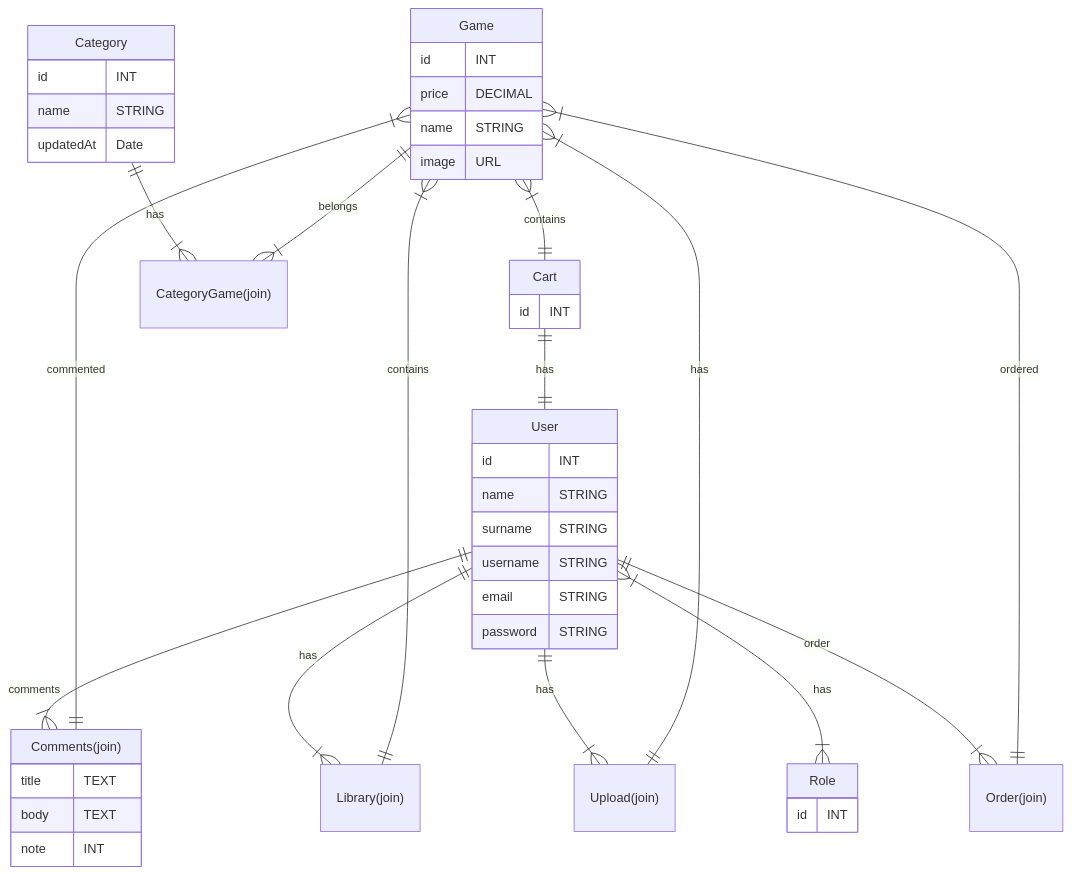
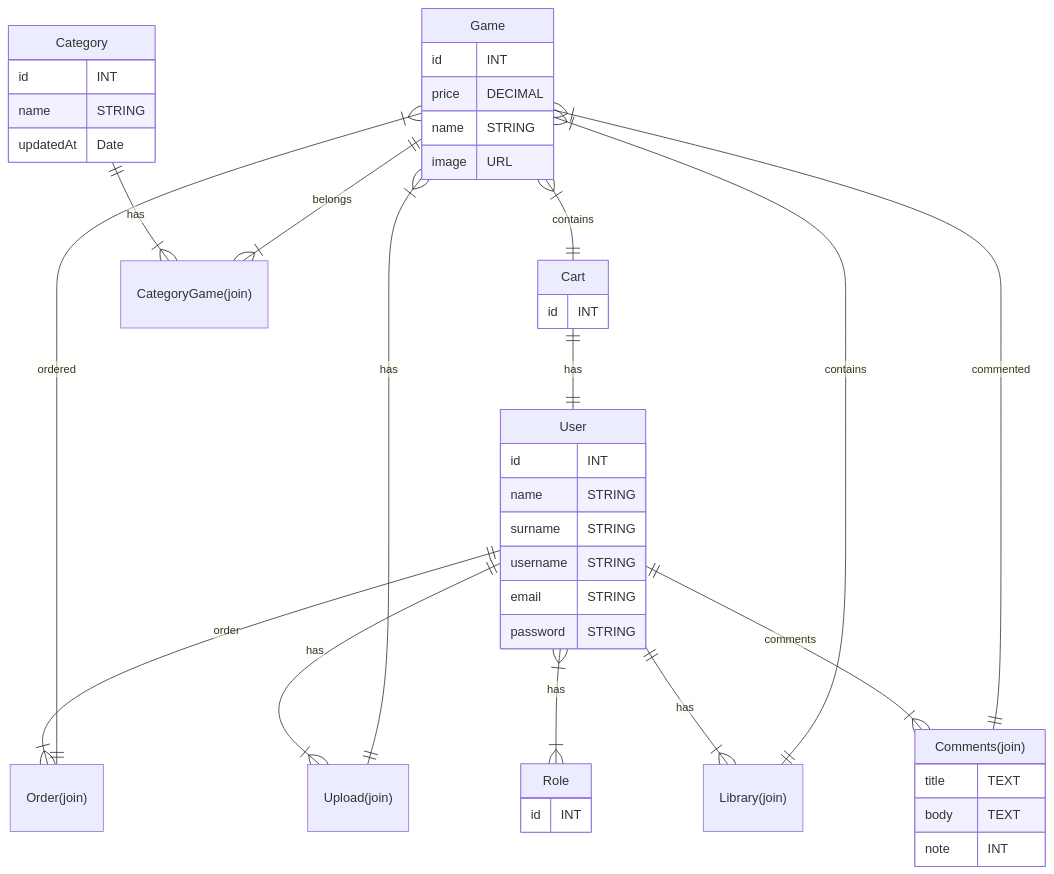
Before and after one commit to JameS-Gmz/api-Rest: the diagram in README.md, drawn with Mermaid. The commit also changed other lines of this file, not shown here.

`````diff
--- a/README.md
+++ b/README.md
@@ -40,81 +40,81 @@
 ````mermaid
  erDiagram
  
 Game
 Category
 Cart
 User
 Role
 
 Game{
 id INT
 price DECIMAL
 name STRING
 image URL
 }
 
 Category{
 id INT
 name STRING
 updatedAt Date
 }
 
 Cart{
 id INT
 }
 
 User{
 id INT
 name STRING
 surname STRING
 username STRING
 email STRING
 password STRING
 }
 
 Role{
 id INT 
 }
 
 CategoryGame["CategoryGame(join)"]{
     }
 
 Upload["Upload(join)"]{
     }
 
 Comments["Comments(join)"]{
 title TEXT
 body TEXT
 note INT
     }
 
 Library["Library(join)"]{
     }
 
 Order["Order(join)"]{
     }
 
 User ||--|{ Comments : comments
 Comments ||--|{ Game : commented
 
 User ||--|{ Library : has
 Library ||--|{ Game : contains
 
 User ||--|{ Upload : has
 Upload ||--|{ Game : has
 
-User }|--|{ Role : has
 
 Category ||--|{ CategoryGame : has
 Game ||--|{ CategoryGame : belongs
 
 Game }|--|| Cart : contains
 Cart ||--|| User : has
 
 
 User ||--|{ Order : order
 Order ||--|{ Game : ordered
 
+User }|--|{ Role : has
 
 
 ````
`````
